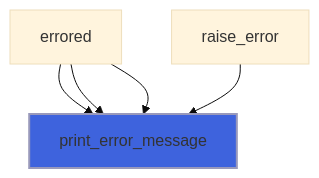
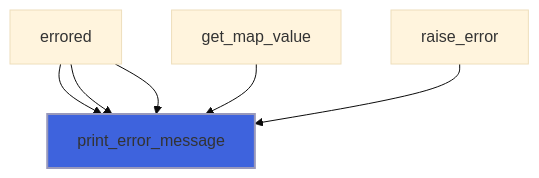
Before and after one commit to szaghi/FLAP: the fifth of 8 diagrams in docs/api/src/lib/flap_object_t.md, drawn with Mermaid (base theme). The commit also changed other lines of this file and 16 other files, not shown here.

First line of the commit message:
feat(cla): key=value options, add(map=, map_keys=), get_map

````diff
--- a/docs/api/src/lib/flap_object_t.md
+++ b/docs/api/src/lib/flap_object_t.md
@@ -151,8 +151,9 @@
 ```mermaid
 flowchart TD
   errored["errored"] --> print_error_message["print_error_message"]
   errored["errored"] --> print_error_message["print_error_message"]
   errored["errored"] --> print_error_message["print_error_message"]
+  get_map_value["get_map_value"] --> print_error_message["print_error_message"]
   raise_error["raise_error"] --> print_error_message["print_error_message"]
   style print_error_message fill:#3e63dd,stroke:#99b,stroke-width:2px
 ```
````
